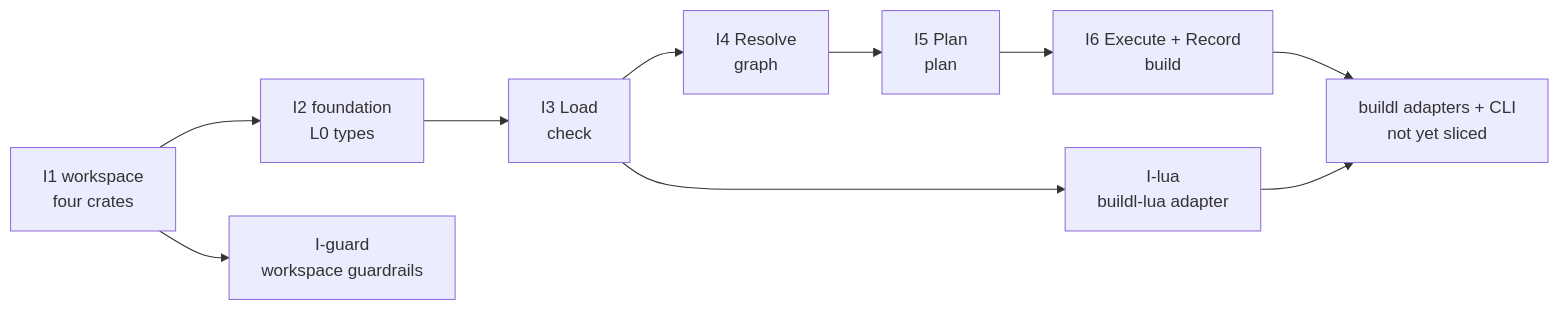
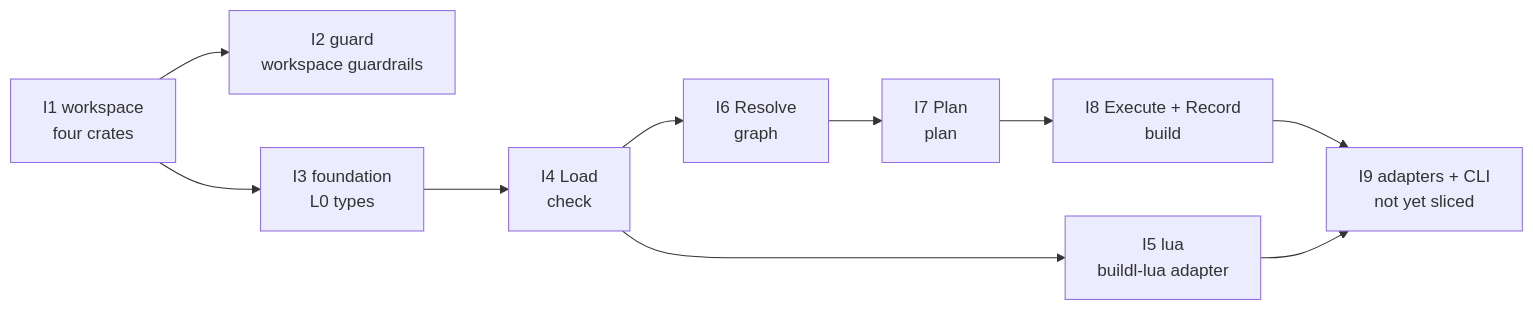
Before and after one commit to airsstack/buildl: the second of 2 diagrams in docs/roadmap.md, drawn with Mermaid. The commit also changed other lines of this file and 22 other files, not shown here.

First line of the commit message:
docs(repo): number the milestone 1 intents I1 to I9 in sequence

````diff
--- a/docs/roadmap.md
+++ b/docs/roadmap.md
@@ -49,13 +49,13 @@
 ```mermaid
 %% Milestone 1 — intent ladder; arrows point from a slice to the slice that needs it
 graph LR
-    I1["I1 workspace<br/>four crates"] --> I2["I2 foundation<br/>L0 types"]
-    I1 --> IG["I-guard<br/>workspace guardrails"]
-    I2 --> I3["I3 Load<br/>check"]
-    I3 --> I4["I4 Resolve<br/>graph"]
-    I4 --> I5["I5 Plan<br/>plan"]
-    I5 --> I6["I6 Execute + Record<br/>build"]
-    I3 --> ILUA["I-lua<br/>buildl-lua adapter"]
-    I6 --> ADP["buildl adapters + CLI<br/>not yet sliced"]
-    ILUA --> ADP
+    I1["I1 workspace<br/>four crates"] --> I2["I2 guard<br/>workspace guardrails"]
+    I1 --> I3["I3 foundation<br/>L0 types"]
+    I3 --> I4["I4 Load<br/>check"]
+    I4 --> I5["I5 lua<br/>buildl-lua adapter"]
+    I4 --> I6["I6 Resolve<br/>graph"]
+    I6 --> I7["I7 Plan<br/>plan"]
+    I7 --> I8["I8 Execute + Record<br/>build"]
+    I8 --> I9["I9 adapters + CLI<br/>not yet sliced"]
+    I5 --> I9
 ```
````
